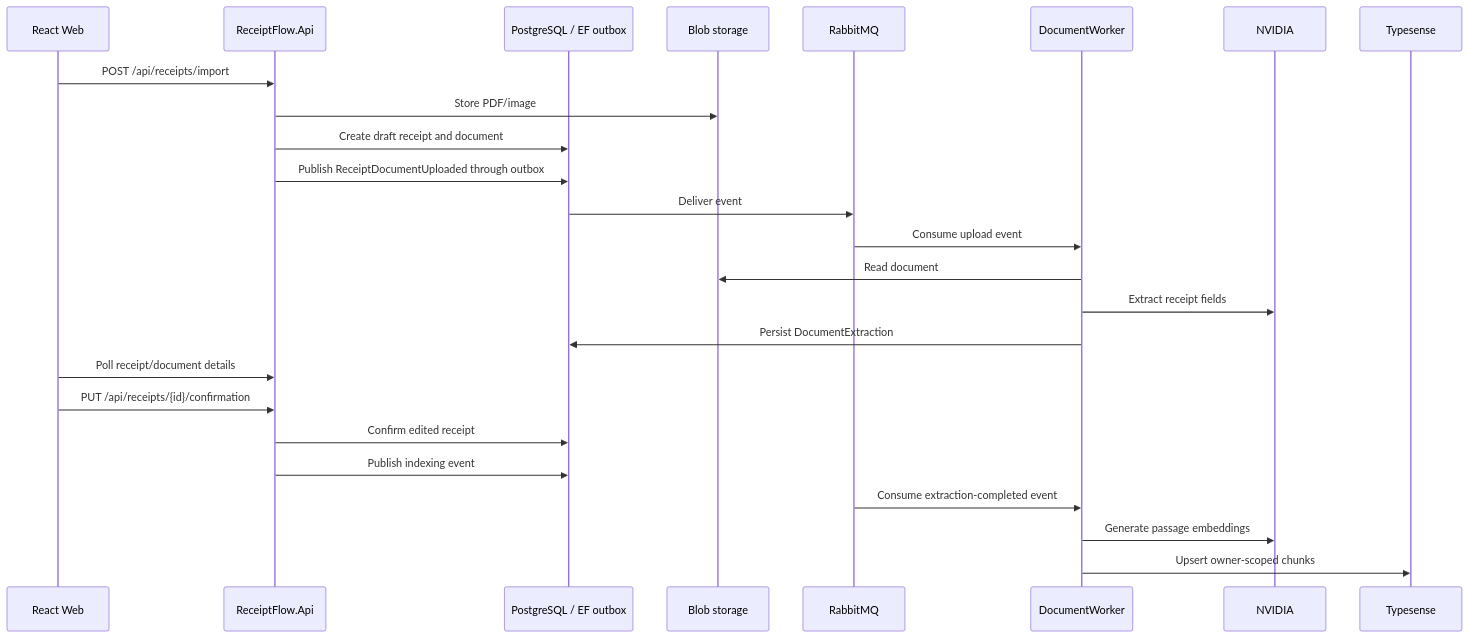
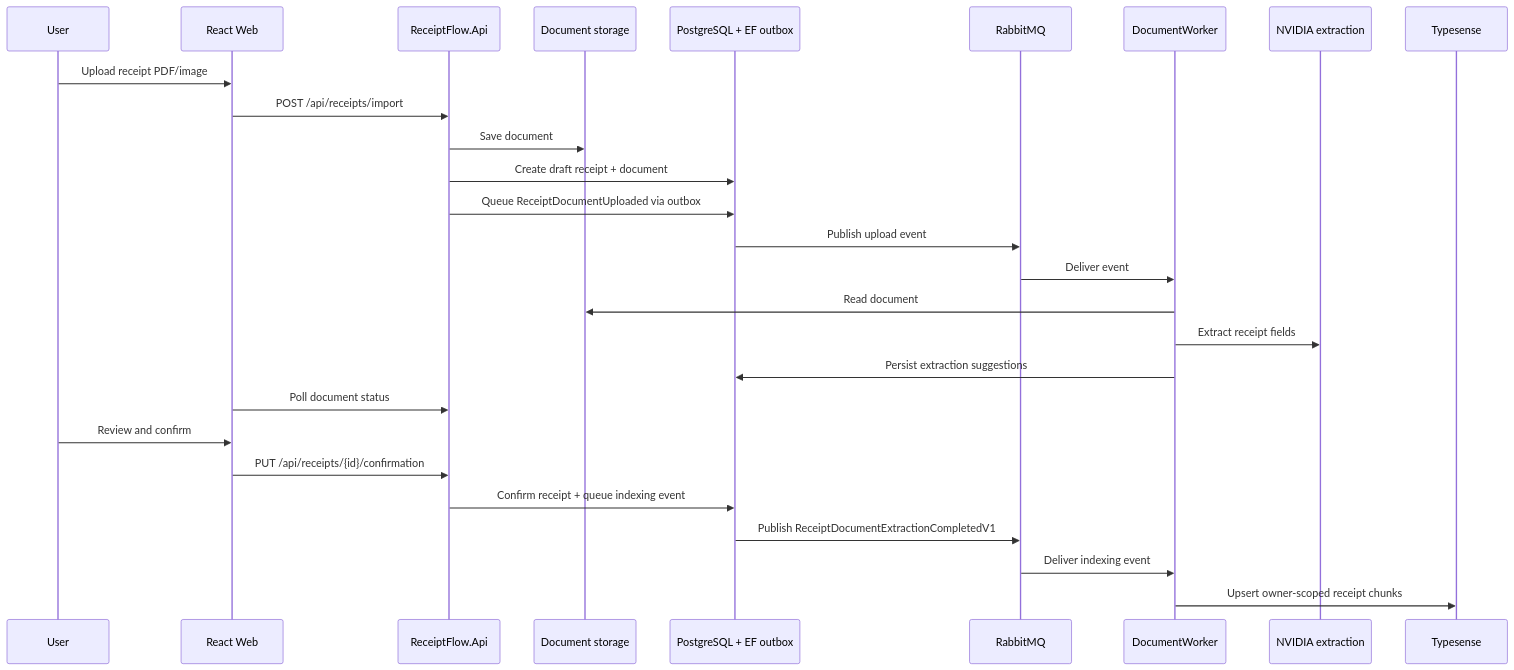
One commit to tonycruz-dev/receiptflow-ai changed the second of 5 diagrams in README.md. Above: the diagram before and after it, drawn with Mermaid. The commit also changed other lines of this file and 4 other files, not shown here.

Commit message:
docs: add architecture setup and demo documentation

````diff
--- a/README.md
+++ b/README.md
@@ -138,28 +97,30 @@
 ```mermaid
 sequenceDiagram
+  participant User
   participant Web as React Web
-  participant API as ReceiptFlow.Api
-  participant DB as PostgreSQL / EF outbox
-  participant Blob as Blob storage
-  participant MQ as RabbitMQ
+  participant Api as ReceiptFlow.Api
+  participant Store as Document storage
+  participant Db as PostgreSQL + EF outbox
+  participant Bus as RabbitMQ
   participant Worker as DocumentWorker
-  participant AI as NVIDIA
+  participant AI as NVIDIA extraction
   participant Search as Typesense
 
-  Web->>API: POST /api/receipts/import
-  API->>Blob: Store PDF/image
-  API->>DB: Create draft receipt and document
-  API->>DB: Publish ReceiptDocumentUploaded through outbox
-  DB->>MQ: Deliver event
-  MQ->>Worker: Consume upload event
-  Worker->>Blob: Read document
+  User->>Web: Upload receipt PDF/image
+  Web->>Api: POST /api/receipts/import
+  Api->>Store: Save document
+  Api->>Db: Create draft receipt + document
+  Api->>Db: Queue ReceiptDocumentUploaded via outbox
+  Db->>Bus: Publish upload event
+  Bus->>Worker: Deliver event
+  Worker->>Store: Read document
   Worker->>AI: Extract receipt fields
-  Worker->>DB: Persist DocumentExtraction
-  Web->>API: Poll receipt/document details
-  Web->>API: PUT /api/receipts/{id}/confirmation
-  API->>DB: Confirm edited receipt
-  API->>DB: Publish indexing event
-  MQ->>Worker: Consume extraction-completed event
-  Worker->>AI: Generate passage embeddings
-  Worker->>Search: Upsert owner-scoped chunks
+  Worker->>Db: Persist extraction suggestions
+  Web->>Api: Poll document status
+  User->>Web: Review and confirm
+  Web->>Api: PUT /api/receipts/{id}/confirmation
+  Api->>Db: Confirm receipt + queue indexing event
+  Db->>Bus: Publish ReceiptDocumentExtractionCompletedV1
+  Bus->>Worker: Deliver indexing event
+  Worker->>Search: Upsert owner-scoped receipt chunks
 ```
````
